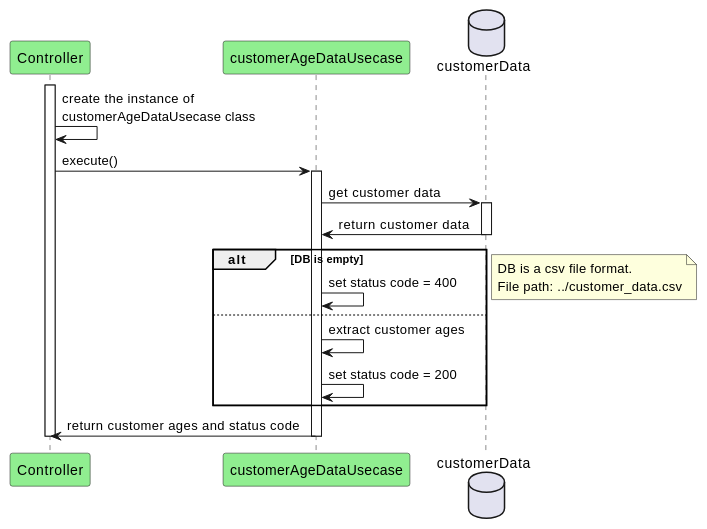
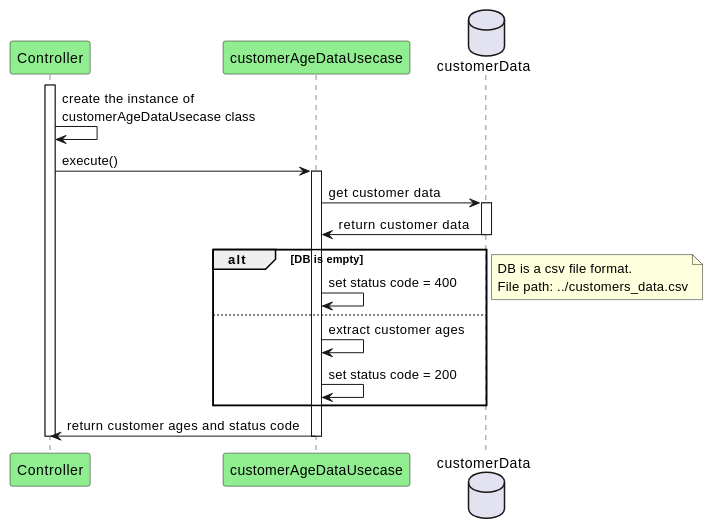
The fifth of 5 diagrams in README.md (TS-1224/CS361-PDMS), drawn with PlantUML before and after one commit. The commit also changed other lines of this file, not shown here.

````diff
--- a/README.md
+++ b/README.md
@@ -202,39 +208,39 @@
 ```plantuml
 @startuml
 
 ' Participants
 Participant Controller as cont #LightGreen
 Participant customerAgeDataUsecase as uc #LightGreen
 database customerData as cd
 
 activate cont
 
 cont -> cont: create the instance of \ncustomerAgeDataUsecase class
 cont -> uc: execute()
 
 activate uc
 
 uc -> cd: get customer data
 activate cd
 cd -> uc: return customer data
 deactivate cd
 
 alt DB is empty
     uc -> uc: set status code = 400
 else
 
     uc -> uc: extract customer ages
     uc -> uc: set status code = 200
 end
 
 note right
  DB is a csv file format.
- File path: ../customer_data.csv
+ File path: ../customers_data.csv
 end note
 
 cont <- uc: return customer ages and status code
 
 deactivate uc
 deactivate cont
 @enduml
 ```
````
